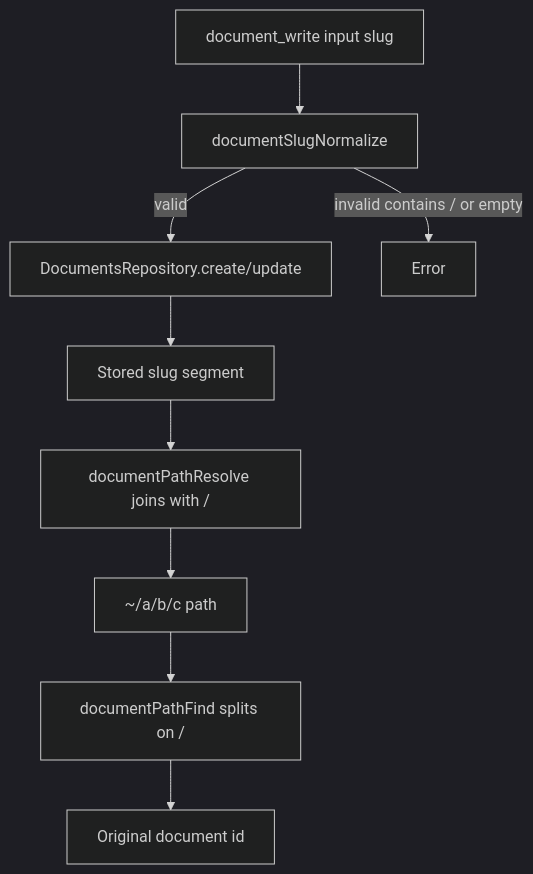
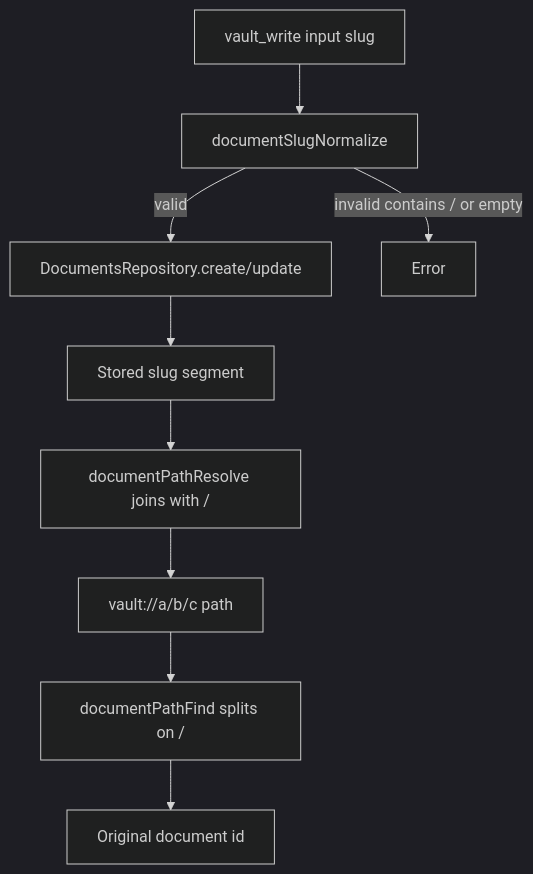
The diagram in doc/20260301-document-slug-validation.md (ex3ndr/daycare), drawn with Mermaid (dark theme) before and after one commit. The commit also changed other lines of this file and 112 other files, not shown here.

````diff
--- a/doc/20260301-document-slug-validation.md
+++ b/doc/20260301-document-slug-validation.md
@@ -20,11 +20,11 @@
 ```mermaid
 flowchart TD
-    A[document_write input slug] --> B[documentSlugNormalize]
+    A[vault_write input slug] --> B[documentSlugNormalize]
     B -->|valid| C[DocumentsRepository.create/update]
     B -->|invalid contains / or empty| E[Error]
     C --> D[Stored slug segment]
     D --> F[documentPathResolve joins with /]
-    F --> G[~/a/b/c path]
+    F --> G[vault://a/b/c path]
     G --> H[documentPathFind splits on /]
     H --> I[Original document id]
 ```
````
